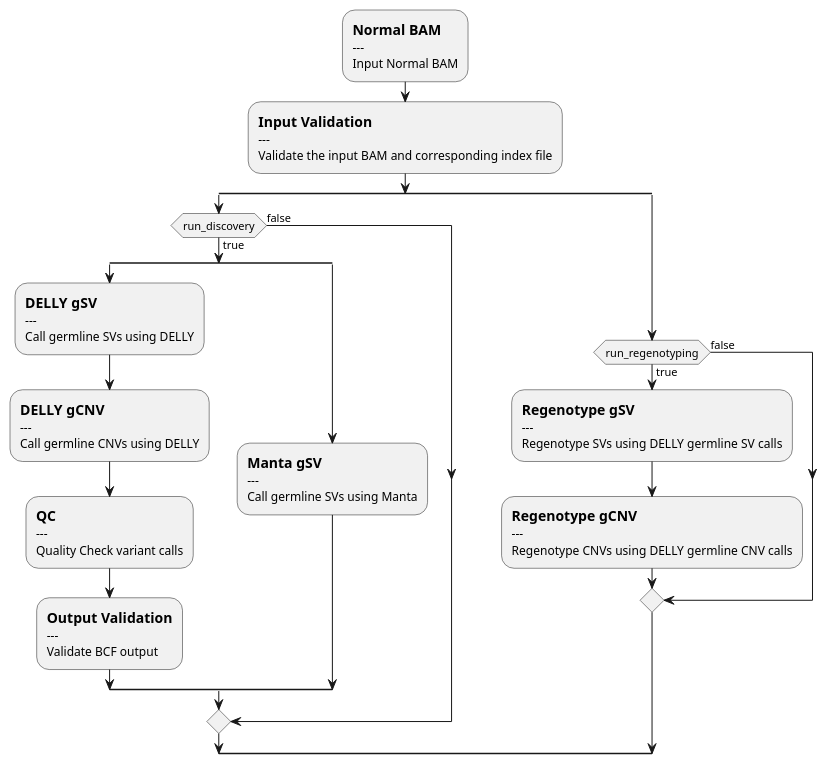
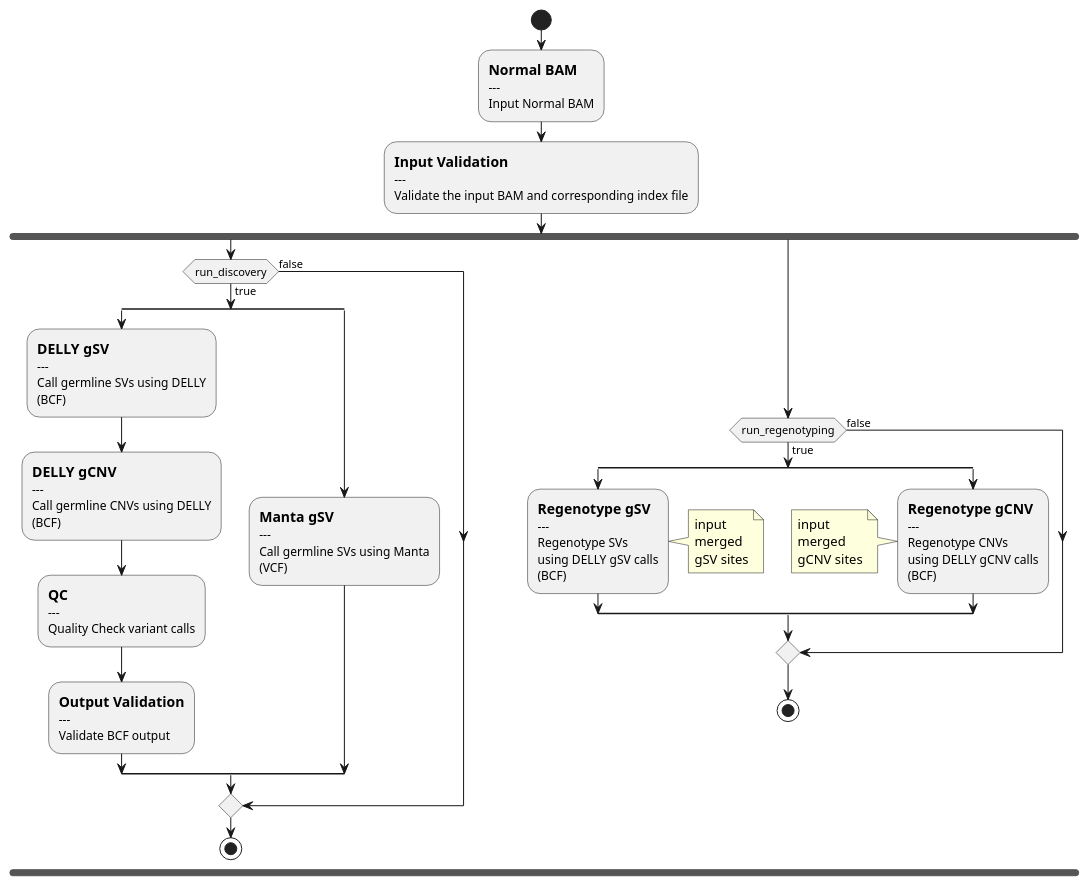
Before and after one commit to uclahs-cds/pipeline-call-gSV: the diagram in docs/call-gSV.puml, drawn with PlantUML.

Commit message:
add Regenotyping to DAG

```diff
--- a/docs/call-gSV.puml
+++ b/docs/call-gSV.puml
@@ -1,45 +1,61 @@
 @startuml
 skinparam SwimlaneTitleFontStyle bold
+
+start
 
 :==Normal BAM
 ---
 Input Normal BAM;
 :==Input Validation
 ---
 Validate the input BAM and corresponding index file;
-split
+fork
 if (run_discovery) is (true) then
     split
         :==DELLY gSV
         ---
-        Call germline SVs using DELLY;
+        Call germline SVs using DELLY
+        (BCF);
         :==DELLY gCNV
         ---
-        Call germline CNVs using DELLY;
+        Call germline CNVs using DELLY
+        (BCF);
         :==QC
         ---
         Quality Check variant calls;
         :==Output Validation
         ---
         Validate BCF output;
     split again
         :==Manta gSV
         ---
-        Call germline SVs using Manta;
+        Call germline SVs using Manta
+        (VCF);
     end split
 else (false)
 endif
+stop
 
-split again
+fork again
 if (run_regenotyping) is (true) then
+    split
     :==Regenotype gSV
     ---
-    Regenotype SVs using DELLY germline SV calls;
+    Regenotype SVs
+    using DELLY gSV calls
+    (BCF);
+    note right: input\nmerged\ngSV sites
+    split again
     :==Regenotype gCNV
     ---
-    Regenotype CNVs using DELLY germline CNV calls;
+    Regenotype CNVs
+    using DELLY gCNV calls
+    (BCF);
+    note left: input\nmerged\ngCNV sites
+    end split
+
 else (false)
 endif
-end split
+stop
 
 @enduml
```
